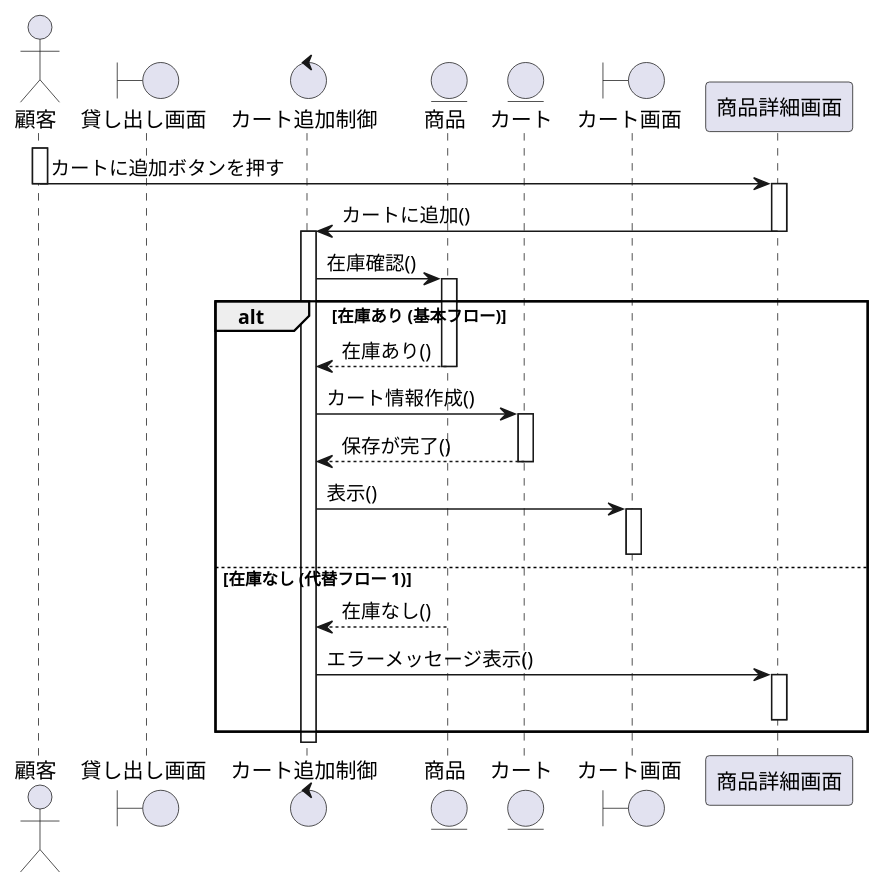
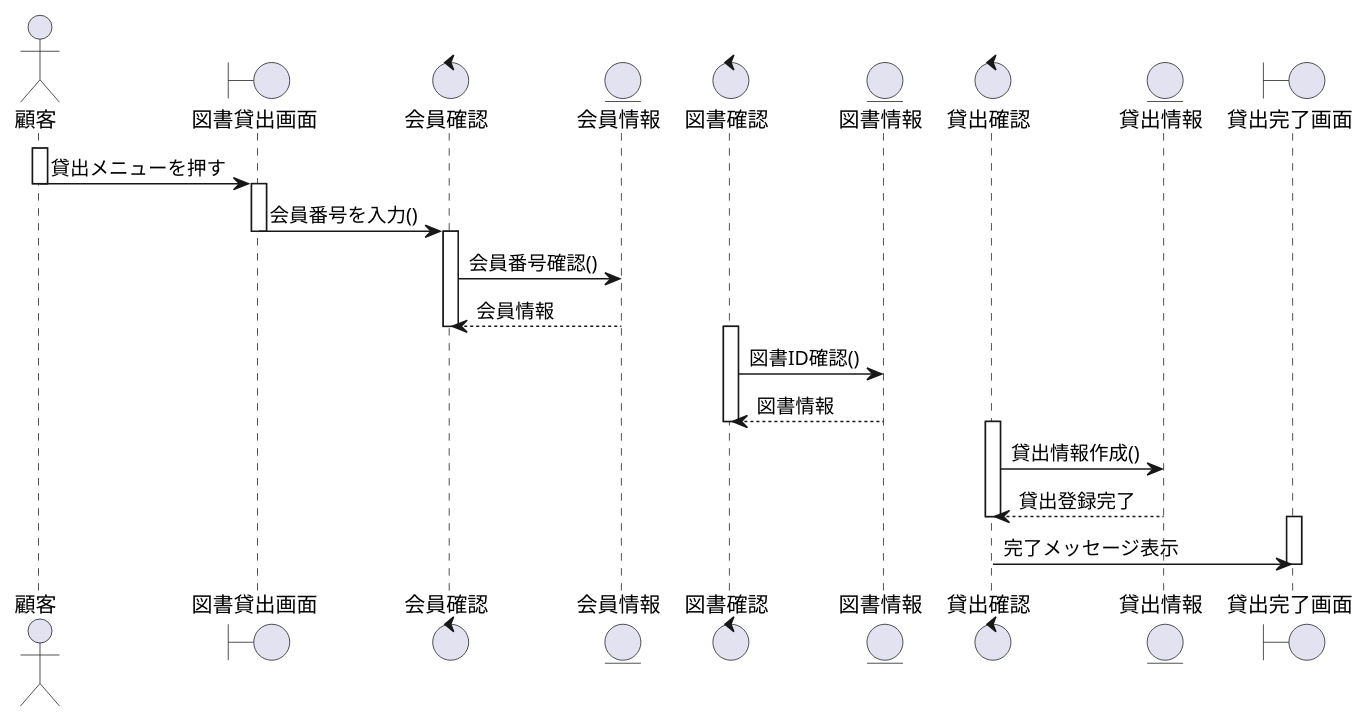
One commit to ko246/ohara_uml changed the diagram in group/単位認定試験第2回/コード/シーケンス図/sequence02_Rental.pu. Above: the diagram before and after it, drawn with PlantUML.

Commit message:
貸し出しシーケンス図基本フロー

```diff
--- a/group/単位認定試験第2回/コード/シーケンス図/sequence02_Rental.pu
+++ b/group/単位認定試験第2回/コード/シーケンス図/sequence02_Rental.pu
@@ -1,55 +1,43 @@
-@startuml カートに追加_シーケンス図_完了画面削除
+@startuml 図書貸出_シーケンス図
 
-actor 顧客
-boundary 貸し出し画面
-control カート追加制御
-entity 商品
-entity カート
-boundary カート画面
+actor 顧客 
+boundary 図書貸出画面 
+control 会員確認 
+entity 会員情報 
+control 図書確認 
+entity 図書情報 
+control 貸出確認 
+entity 貸出情報 
+boundary 貸出完了画面
 
-activate 顧客
-顧客 -> 商品詳細画面 : カートに追加ボタンを押す
+activate 顧客 
+顧客 -> 図書貸出画面 : 貸出メニューを押す 
 deactivate 顧客
 
-activate 商品詳細画面
-商品詳細画面 -> カート追加制御 : カートに追加()
+activate 図書貸出画面 
+図書貸出画面 -> 会員確認 : 会員番号を入力() 
+deactivate 図書貸出画面
 
-deactivate 商品詳細画面
+activate 会員確認 
+会員確認 -> 会員情報 : 会員番号確認() 
+会員情報 --> 会員確認 : 会員情報 
+deactivate 会員確認 
+deactivate 会員情報
 
-activate カート追加制御
-カート追加制御 -> 商品 : 在庫確認()
+activate 図書確認 
+図書確認 -> 図書情報 : 図書ID確認() 
+図書情報 --> 図書確認 : 図書情報 
+deactivate 図書確認 
+deactivate 図書情報
 
-activate 商品
-alt 在庫あり (基本フロー)
-    商品 --> カート追加制御 : 在庫あり()
-    deactivate 商品
+activate 貸出確認 
+貸出確認 -> 貸出情報 : 貸出情報作成() 
+貸出情報 --> 貸出確認 : 貸出登録完了 
+deactivate 貸出確認 
+deactivate 貸出情報
 
-    ' 基本フロー 2: カートのデータを作成
-    カート追加制御 -> カート : カート情報作成()
-
-    activate カート
-    カート --> カート追加制御 : 保存が完了()
-    deactivate カート
-
-    ' 基本フロー 3 & 4: カート画面を表示 (完了メッセージは画面内で処理されると解釈)
-    カート追加制御 -> カート画面 : 表示()
-    
-    activate カート画面
-    ' 顧客への最終的な表示は画面（境界クラス）が責任を負うため、矢印を省略
-    deactivate カート画面
-    
-else 在庫なし (代替フロー 1)
-    商品 --> カート追加制御 : 在庫なし()
-    deactivate 商品
-    
-    ' 代替フロー 1: エラーメッセージを表示
-    カート追加制御 -> 商品詳細画面 : エラーメッセージ表示()
-    
-    activate 商品詳細画面
-    ' 顧客への最終的な表示は画面（境界クラス）が責任を負うため、矢印を省略
-    deactivate 商品詳細画面
-end
-
-deactivate カート追加制御
+activate 貸出完了画面 
+貸出確認 -> 貸出完了画面 : 完了メッセージ表示 
+deactivate 貸出完了画面
 
 @enduml
```
